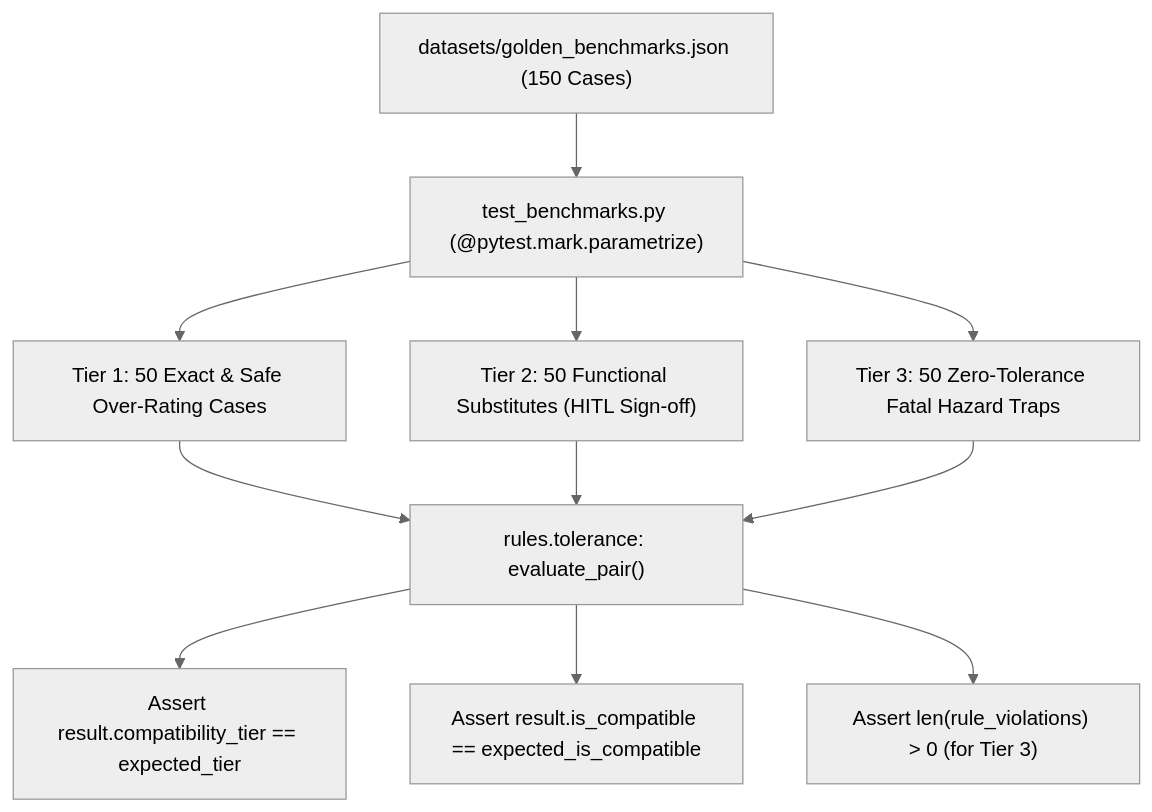
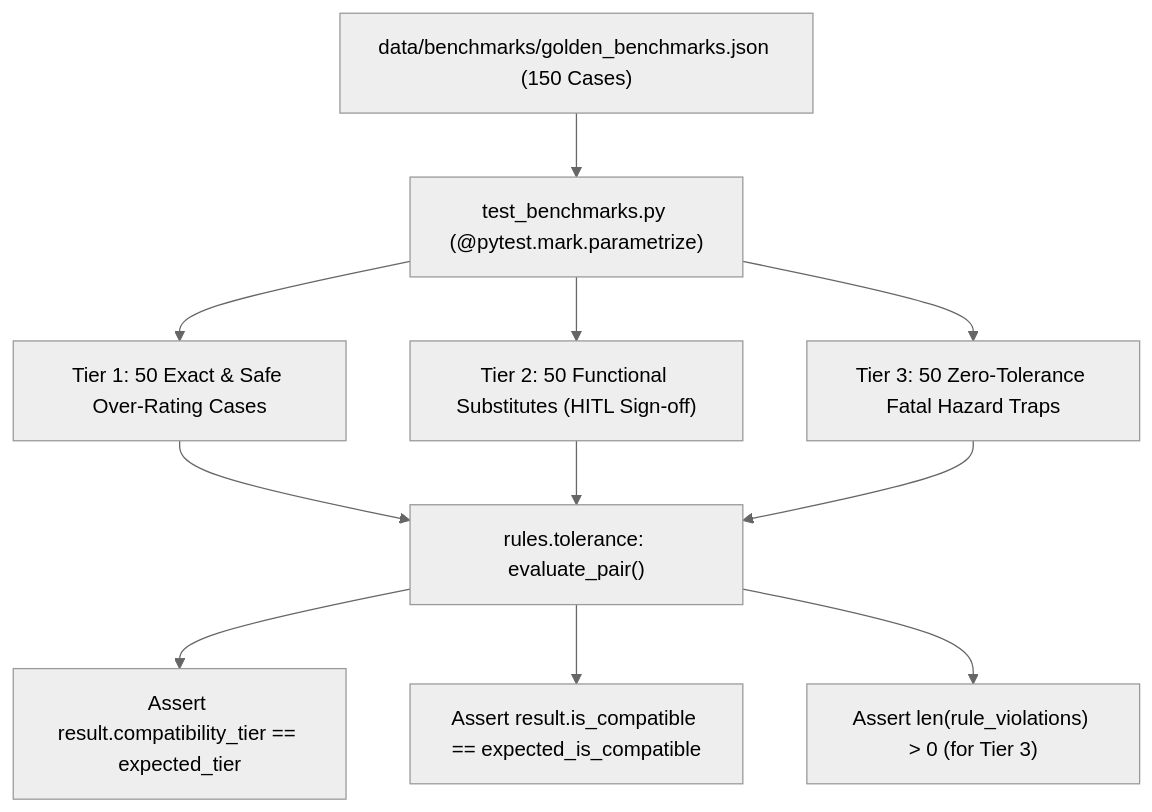
The diagram in tests/integration/README.md (Gesicht436/Samanvay-AI), drawn with Mermaid (neutral theme) before and after one commit. The commit also changed other lines of this file and 39 other files, not shown here.

First line of the commit message:
refactor(data): consolidate datasets into data and standardize SCMS-27 canonical schema

````diff
--- a/tests/integration/README.md
+++ b/tests/integration/README.md
@@ -9,16 +9,16 @@
 ```mermaid
 flowchart TD
-    GB["datasets/golden_benchmarks.json (150 Cases)"] --> Runner["test_benchmarks.py (@pytest.mark.parametrize)"]
+    GB["data/benchmarks/golden_benchmarks.json (150 Cases)"] --> Runner["test_benchmarks.py (@pytest.mark.parametrize)"]
 
     Runner --> Case1["Tier 1: 50 Exact & Safe Over-Rating Cases"]
     Runner --> Case2["Tier 2: 50 Functional Substitutes (HITL Sign-off)"]
     Runner --> Case3["Tier 3: 50 Zero-Tolerance Fatal Hazard Traps"]
 
     Case1 --> Engine["rules.tolerance: evaluate_pair()"]
     Case2 --> Engine
     Case3 --> Engine
 
     Engine --> AssertTier["Assert result.compatibility_tier == expected_tier"]
     Engine --> AssertCompat["Assert result.is_compatible == expected_is_compatible"]
     Engine --> AssertViolations["Assert len(rule_violations) > 0 (for Tier 3)"]
 ```
````
